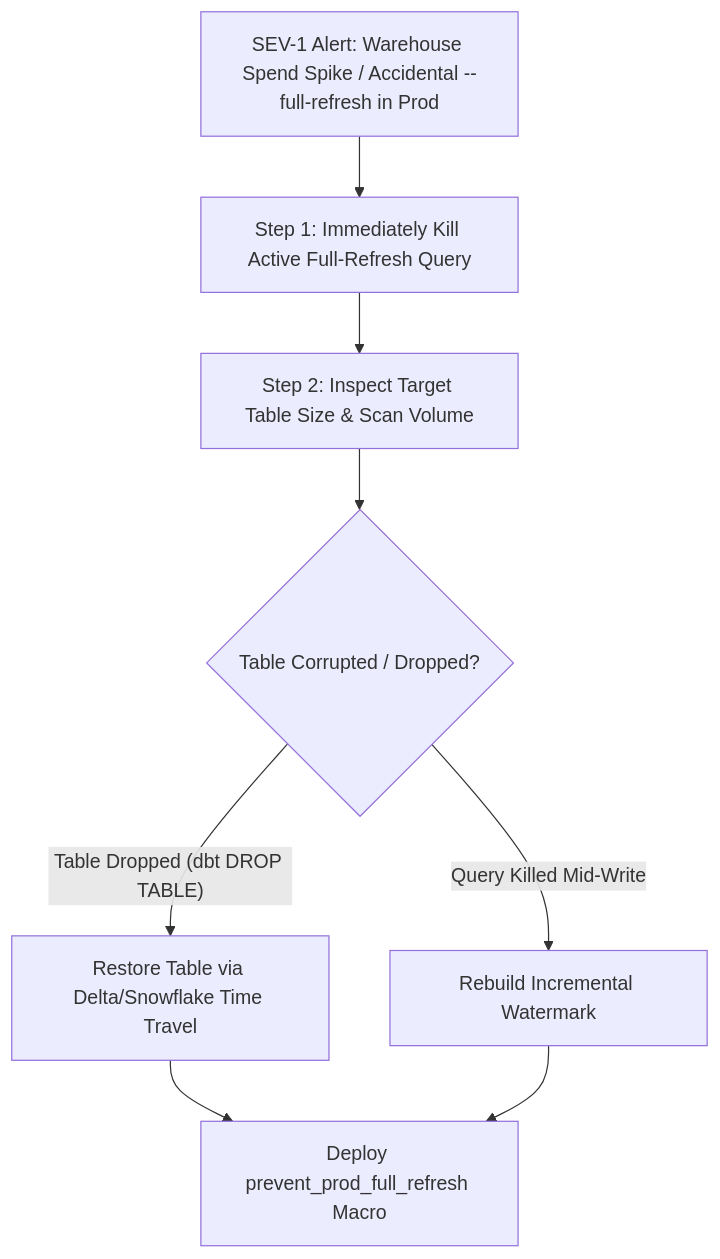
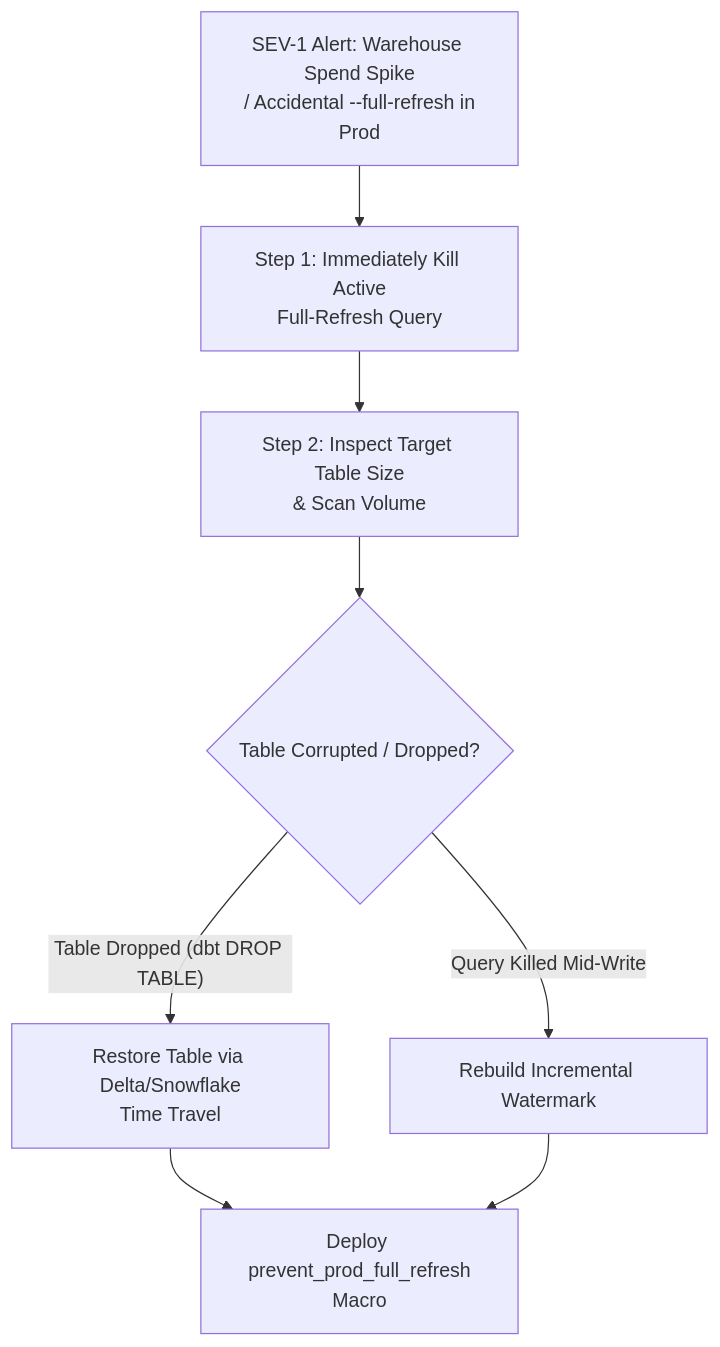
The diagram in runbooks/04_warehouse_credit_exhaustion_from_full_refresh.md (santoshjammi29/dbt-handbook), drawn with Mermaid before and after one commit. The commit also changed 11 other files, not shown here.

Commit message:
fix(diagrams): word-wrap labels and escape comparison operators across all diagrams

````diff
--- a/runbooks/04_warehouse_credit_exhaustion_from_full_refresh.md
+++ b/runbooks/04_warehouse_credit_exhaustion_from_full_refresh.md
@@ -12,12 +12,12 @@
 ```mermaid
 flowchart TD
-    Alert["SEV-1 Alert: Warehouse Spend Spike / Accidental --full-refresh in Prod"] --> KillQuery["Step 1: Immediately Kill Active Full-Refresh Query"]
-    KillQuery --> CheckTableSize["Step 2: Inspect Target Table Size & Scan Volume"]
+    Alert["SEV-1 Alert: Warehouse Spend Spike<br/>/ Accidental --full-refresh in<br/>Prod"] --> KillQuery["Step 1: Immediately Kill Active<br/>Full-Refresh Query"]
+    KillQuery --> CheckTableSize["Step 2: Inspect Target Table Size<br/>& Scan Volume"]
 
     CheckTableSize --> TableStatus{"Table Corrupted / Dropped?"}
-    TableStatus -->|"Table Dropped (dbt DROP TABLE)"| RestoreTimeTravel["Restore Table via Delta/Snowflake Time Travel"]
+    TableStatus -->|"Table Dropped (dbt DROP TABLE)"| RestoreTimeTravel["Restore Table via Delta/Snowflake<br/>Time Travel"]
     TableStatus -->|"Query Killed Mid-Write"| RebuildIncremental["Rebuild Incremental Watermark"]
 
-    RestoreTimeTravel --> InstallGuardrail["Deploy prevent_prod_full_refresh Macro"]
+    RestoreTimeTravel --> InstallGuardrail["Deploy prevent_prod_full_refresh<br/>Macro"]
     RebuildIncremental --> InstallGuardrail
 ```
````
